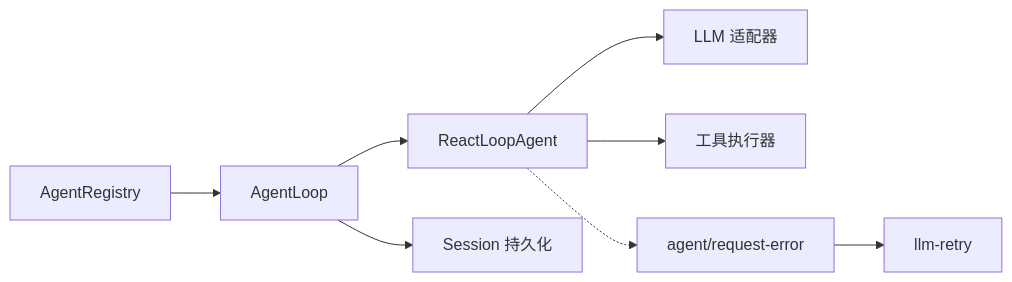
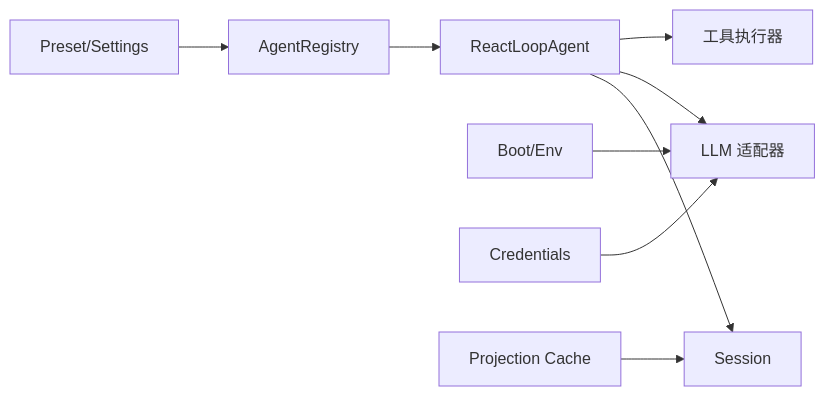
The ninth of 9 diagrams in .qoder/repowiki/zh/content/核心概念/Agent 生命周期.md (gongzili456/deepseek-harness), drawn with Mermaid before and after one commit. The commit also changed other lines of this file and 1001 other files, not shown here.

````diff
--- a/.qoder/repowiki/zh/content/核心概念/Agent 生命周期.md
+++ b/.qoder/repowiki/zh/content/核心概念/Agent 生命周期.md
@@ -319,10 +301,11 @@
 ```mermaid
 graph LR
-AR["AgentRegistry"] --> AL["AgentLoop"]
-AL --> RL["ReactLoopAgent"]
-RL --> LLM["LLM 适配器"]
-RL --> TOOLS["工具执行器"]
-AL --> SESS["Session 持久化"]
-RL -.-> ERR["agent/request-error"]
-ERR --> RETRY["llm-retry"]
+R["AgentRegistry"] --> L["ReactLoopAgent"]
+L --> S["Session"]
+L --> M["LLM 适配器"]
+L --> T["工具执行器"]
+B["Boot/Env"] --> M
+C["Credentials"] --> M
+P["Preset/Settings"] --> R
+PC["Projection Cache"] --> S
 ```
````
